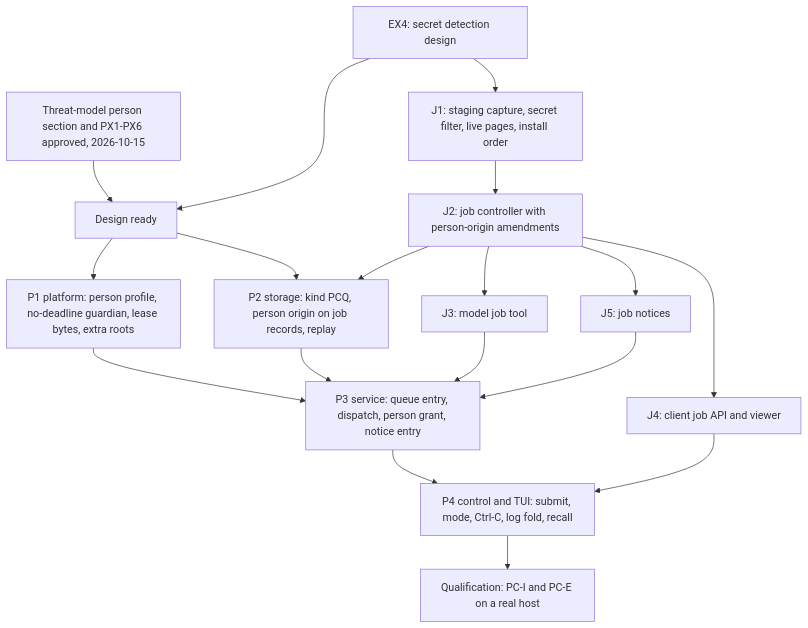
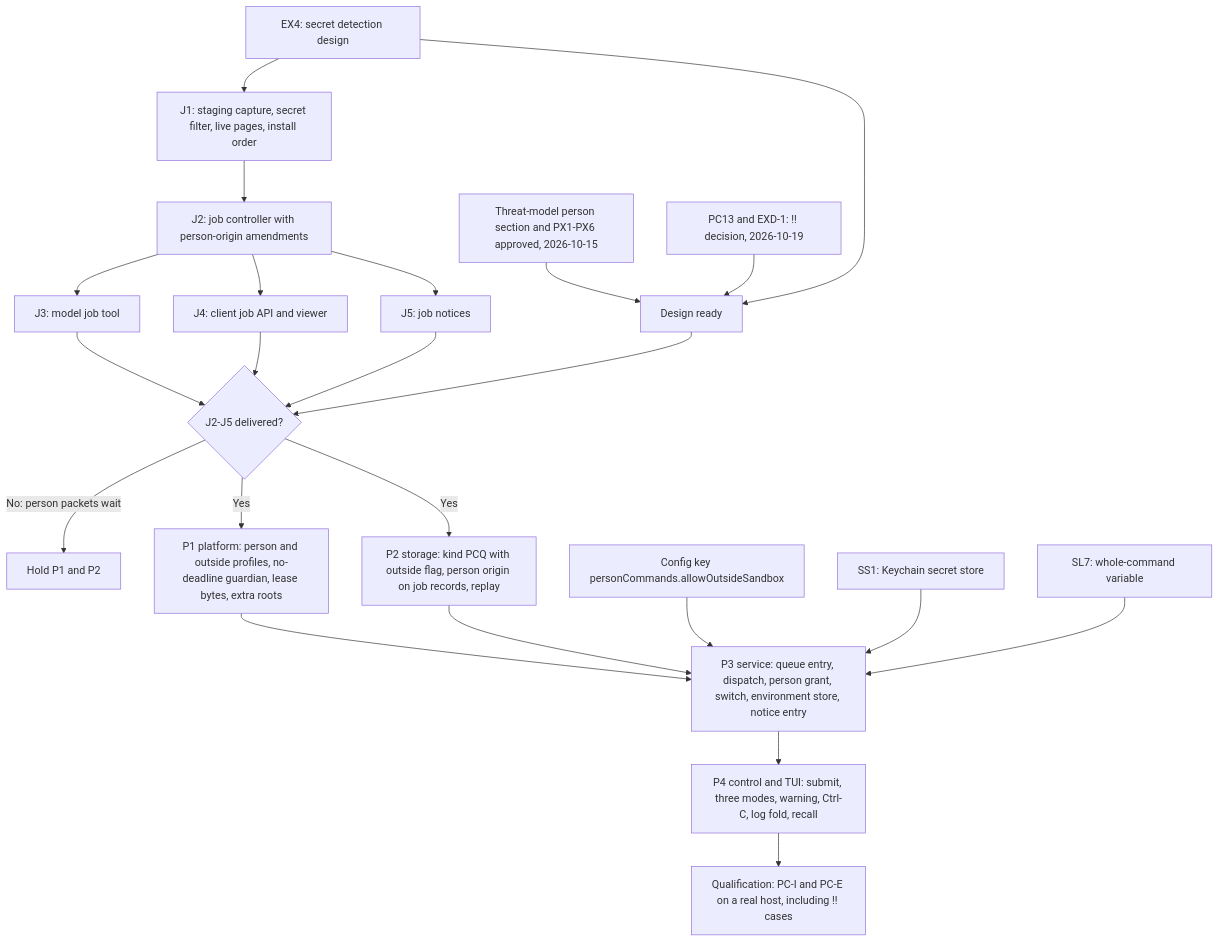
Before and after one commit to pidster/asura: the seventh of 7 diagrams in docs/designs/person-command-mode.md, drawn with Mermaid. The commit also changed other lines of this file and 9 other files, not shown here.

First line of the commit message:
Design person commands, the whole-command variable and the secret store

````diff
--- a/docs/designs/person-command-mode.md
+++ b/docs/designs/person-command-mode.md
@@ -1087,20 +1382,25 @@
 ```mermaid
 flowchart TD
     TM["Threat-model person section and PX1-PX6 approved, 2026-10-15"] --> Ready["Design ready"]
+    OD["PC13 and EXD-1: !! decision, 2026-10-19"] --> Ready
     SD["EX4: secret detection design"] --> J1
     SD --> Ready
     J1["J1: staging capture, secret filter, live pages, install order"] --> J2["J2: job controller with person-origin amendments"]
     J2 --> J4["J4: client job API and viewer"]
     J2 --> J3["J3: model job tool"]
     J2 --> J5["J5: job notices"]
-    Ready --> P1["P1 platform: person profile, no-deadline guardian, lease bytes, extra roots"]
-    Ready --> P2["P2 storage: kind PCQ, person origin on job records, replay"]
-    J2 --> P2
-    P1 --> P3["P3 service: queue entry, dispatch, person grant, notice entry"]
+    J3 --> JG{"J2-J5 delivered?"}
+    J4 --> JG
+    J5 --> JG
+    Ready --> JG
+    JG -->|"No: person packets wait"| JW["Hold P1 and P2"]
+    JG -->|Yes| P1["P1 platform: person and outside profiles, no-deadline guardian, lease bytes, extra roots"]
+    JG -->|Yes| P2["P2 storage: kind PCQ with outside flag, person origin on job records, replay"]
+    P1 --> P3["P3 service: queue entry, dispatch, person grant, switch, environment store, notice entry"]
     P2 --> P3
-    J3 --> P3
-    J5 --> P3
-    P3 --> P4["P4 control and TUI: submit, mode, Ctrl-C, log fold, recall"]
-    J4 --> P4
-    P4 --> Q["Qualification: PC-I and PC-E on a real host"]
+    CK["Config key personCommands.allowOutsideSandbox"] --> P3
+    SS1["SS1: Keychain secret store"] --> P3
+    SL7["SL7: whole-command variable"] --> P3
+    P3 --> P4["P4 control and TUI: submit, three modes, warning, Ctrl-C, log fold, recall"]
+    P4 --> Q["Qualification: PC-I and PC-E on a real host, including !! cases"]
 ```
````
